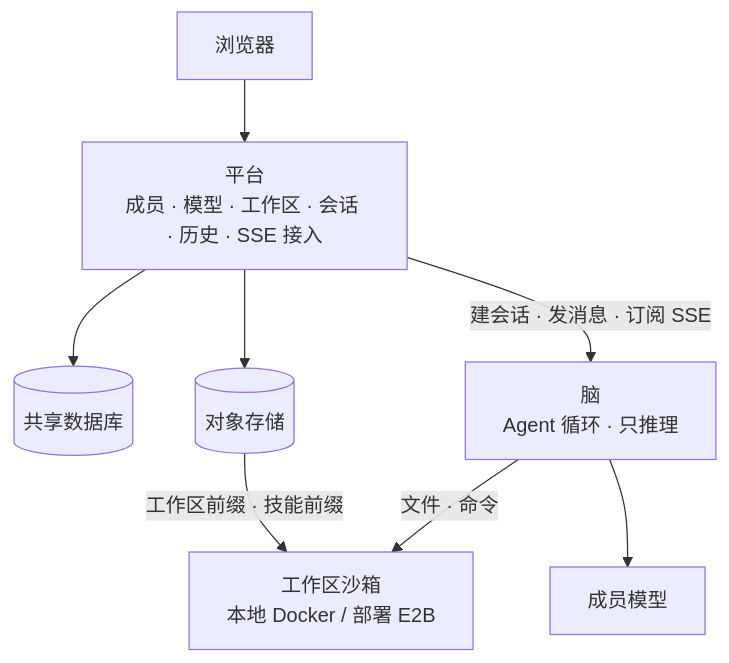
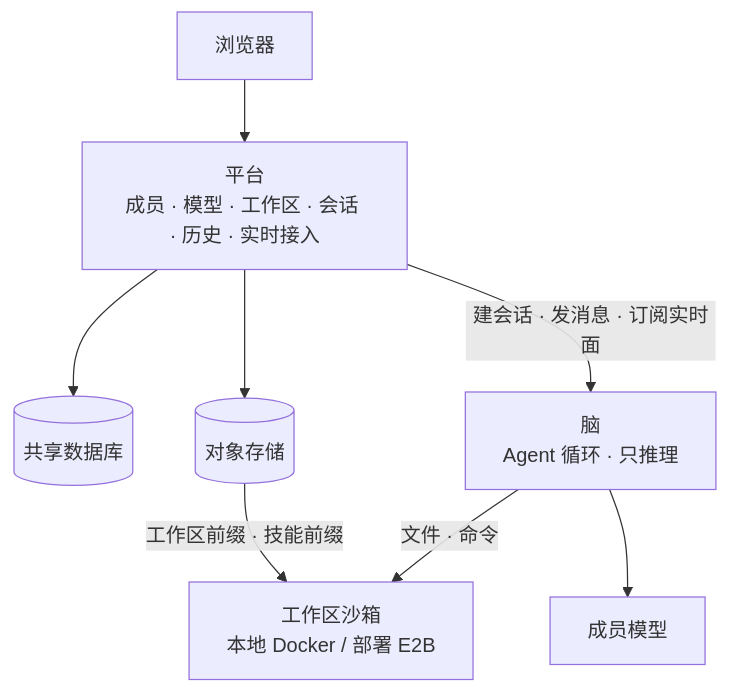
One commit to lishuo0/dsh-sandbox-platform changed the first of 2 diagrams in README.md. Above: the diagram before and after it, drawn with Mermaid. The commit also changed other lines of this file and 21 other files, not shown here.

````diff
--- a/README.md
+++ b/README.md
@@ -28,18 +28,18 @@
 ```mermaid
 flowchart TB
   Browser["浏览器"]
-  Platform["平台<br/>成员 · 模型 · 工作区 · 会话 · 历史 · SSE 接入"]
+  Platform["平台<br/>成员 · 模型 · 工作区 · 会话 · 历史 · 实时接入"]
   Brain["脑<br/>Agent 循环 · 只推理"]
   Sandbox["工作区沙箱<br/>本地 Docker / 部署 E2B"]
   DB[("共享数据库")]
   OSS[("对象存储")]
   Model["成员模型"]
 
   Browser --> Platform
   Platform --> DB
   Platform --> OSS
-  Platform -->|"建会话 · 发消息 · 订阅 SSE"| Brain
+  Platform -->|"建会话 · 发消息 · 订阅实时面"| Brain
   Brain -->|"文件 · 命令"| Sandbox
   Brain --> Model
   OSS -->|"工作区前缀 · 技能前缀"| Sandbox
 ```
````
